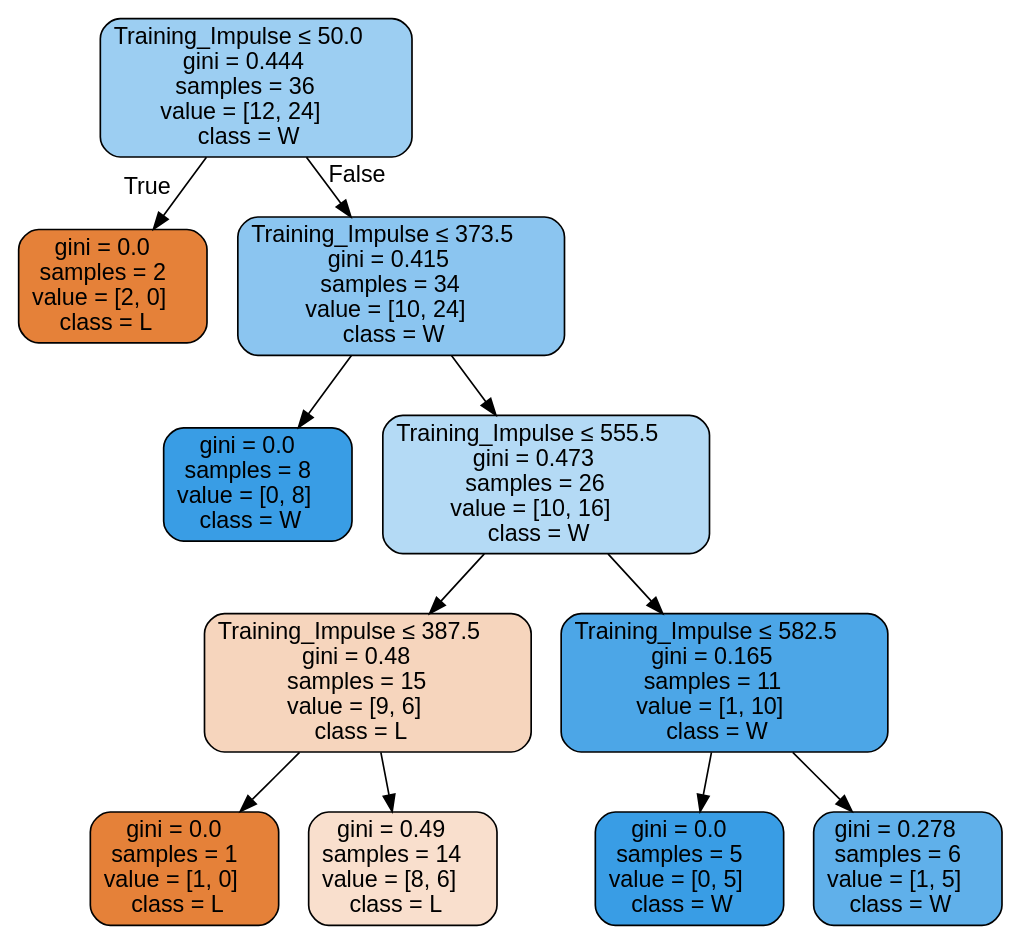
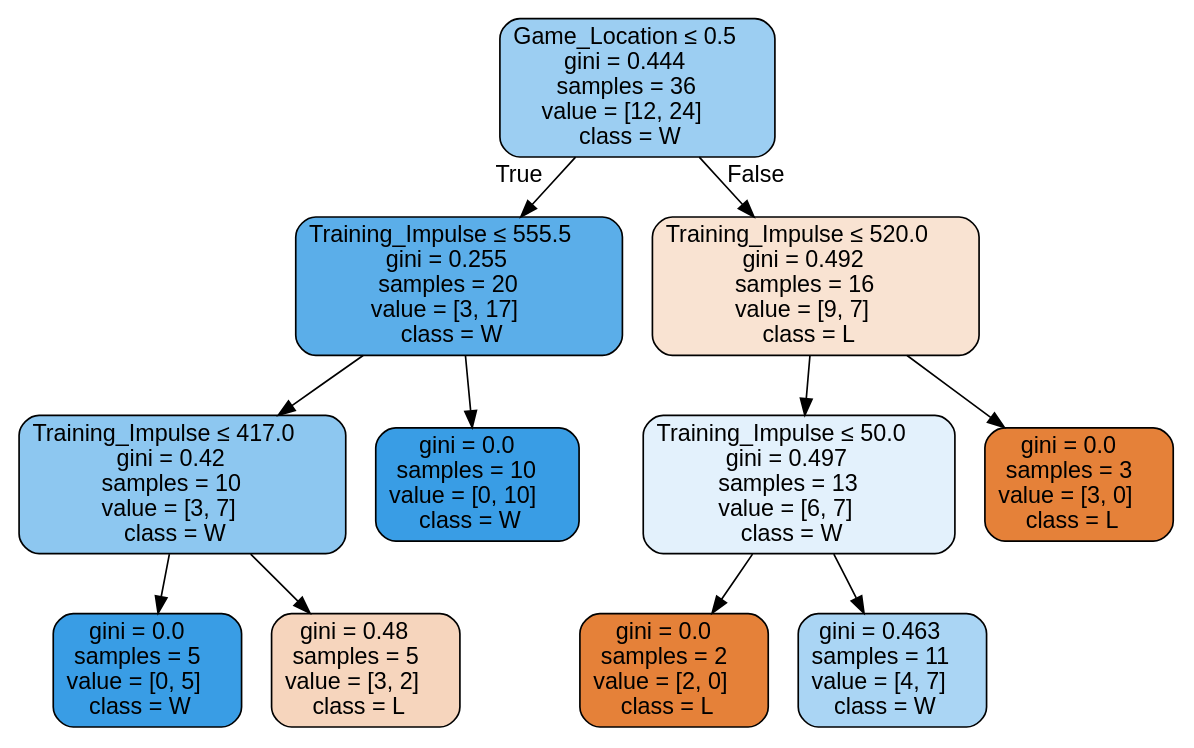
Before and after one commit to swetaravi/BasketBall-Analysis: the diagram in temp.dot, drawn with Graphviz. The commit also changed 17 other files, not shown here.

```diff
--- a/temp.dot
+++ b/temp.dot
@@ -1,25 +1,25 @@
 digraph Tree {
 node [shape=box, style="filled, rounded", color="black", fontname=helvetica] ;
 edge [fontname=helvetica] ;
-0 [label=<Training_Impulse &le; 50.0<br/>gini = 0.444<br/>samples = 36<br/>value = [12, 24]<br/>class = W>, fillcolor="#399de57f"] ;
-1 [label=<gini = 0.0<br/>samples = 2<br/>value = [2, 0]<br/>class = L>, fillcolor="#e58139ff"] ;
+0 [label=<Game_Location &le; 0.5<br/>gini = 0.444<br/>samples = 36<br/>value = [12, 24]<br/>class = W>, fillcolor="#399de57f"] ;
+1 [label=<Training_Impulse &le; 555.5<br/>gini = 0.255<br/>samples = 20<br/>value = [3, 17]<br/>class = W>, fillcolor="#399de5d2"] ;
 0 -> 1 [labeldistance=2.5, labelangle=45, headlabel="True"] ;
-2 [label=<Training_Impulse &le; 373.5<br/>gini = 0.415<br/>samples = 34<br/>value = [10, 24]<br/>class = W>, fillcolor="#399de595"] ;
-0 -> 2 [labeldistance=2.5, labelangle=-45, headlabel="False"] ;
-3 [label=<gini = 0.0<br/>samples = 8<br/>value = [0, 8]<br/>class = W>, fillcolor="#399de5ff"] ;
+2 [label=<Training_Impulse &le; 417.0<br/>gini = 0.42<br/>samples = 10<br/>value = [3, 7]<br/>class = W>, fillcolor="#399de592"] ;
+1 -> 2 ;
+3 [label=<gini = 0.0<br/>samples = 5<br/>value = [0, 5]<br/>class = W>, fillcolor="#399de5ff"] ;
 2 -> 3 ;
-4 [label=<Training_Impulse &le; 555.5<br/>gini = 0.473<br/>samples = 26<br/>value = [10, 16]<br/>class = W>, fillcolor="#399de560"] ;
+4 [label=<gini = 0.48<br/>samples = 5<br/>value = [3, 2]<br/>class = L>, fillcolor="#e5813955"] ;
 2 -> 4 ;
-5 [label=<Training_Impulse &le; 387.5<br/>gini = 0.48<br/>samples = 15<br/>value = [9, 6]<br/>class = L>, fillcolor="#e5813955"] ;
-4 -> 5 ;
-6 [label=<gini = 0.0<br/>samples = 1<br/>value = [1, 0]<br/>class = L>, fillcolor="#e58139ff"] ;
-5 -> 6 ;
-7 [label=<gini = 0.49<br/>samples = 14<br/>value = [8, 6]<br/>class = L>, fillcolor="#e5813940"] ;
-5 -> 7 ;
-8 [label=<Training_Impulse &le; 582.5<br/>gini = 0.165<br/>samples = 11<br/>value = [1, 10]<br/>class = W>, fillcolor="#399de5e6"] ;
-4 -> 8 ;
-9 [label=<gini = 0.0<br/>samples = 5<br/>value = [0, 5]<br/>class = W>, fillcolor="#399de5ff"] ;
-8 -> 9 ;
-10 [label=<gini = 0.278<br/>samples = 6<br/>value = [1, 5]<br/>class = W>, fillcolor="#399de5cc"] ;
-8 -> 10 ;
+5 [label=<gini = 0.0<br/>samples = 10<br/>value = [0, 10]<br/>class = W>, fillcolor="#399de5ff"] ;
+1 -> 5 ;
+6 [label=<Training_Impulse &le; 520.0<br/>gini = 0.492<br/>samples = 16<br/>value = [9, 7]<br/>class = L>, fillcolor="#e5813939"] ;
+0 -> 6 [labeldistance=2.5, labelangle=-45, headlabel="False"] ;
+7 [label=<Training_Impulse &le; 50.0<br/>gini = 0.497<br/>samples = 13<br/>value = [6, 7]<br/>class = W>, fillcolor="#399de524"] ;
+6 -> 7 ;
+8 [label=<gini = 0.0<br/>samples = 2<br/>value = [2, 0]<br/>class = L>, fillcolor="#e58139ff"] ;
+7 -> 8 ;
+9 [label=<gini = 0.463<br/>samples = 11<br/>value = [4, 7]<br/>class = W>, fillcolor="#399de56d"] ;
+7 -> 9 ;
+10 [label=<gini = 0.0<br/>samples = 3<br/>value = [3, 0]<br/>class = L>, fillcolor="#e58139ff"] ;
+6 -> 10 ;
 }
```
